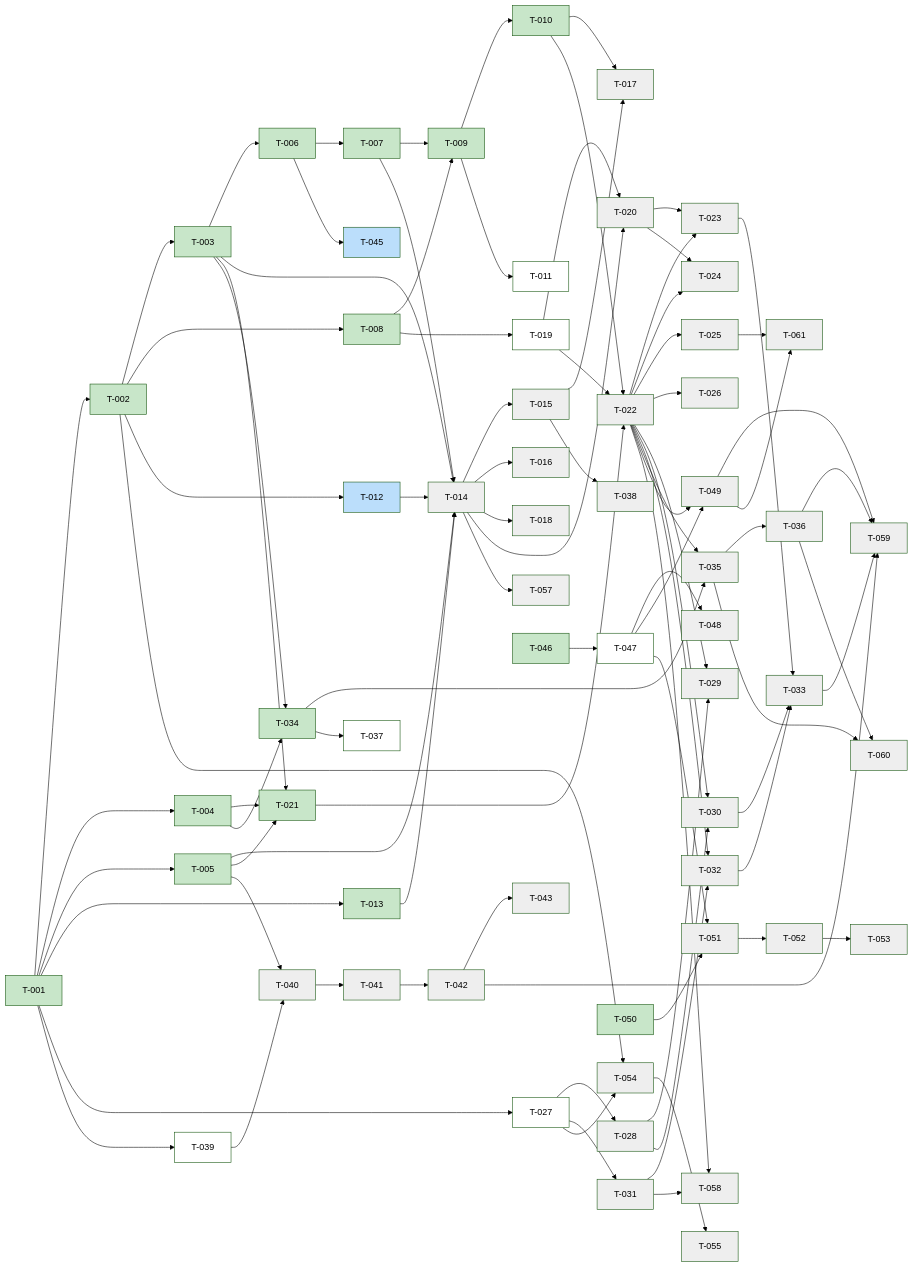
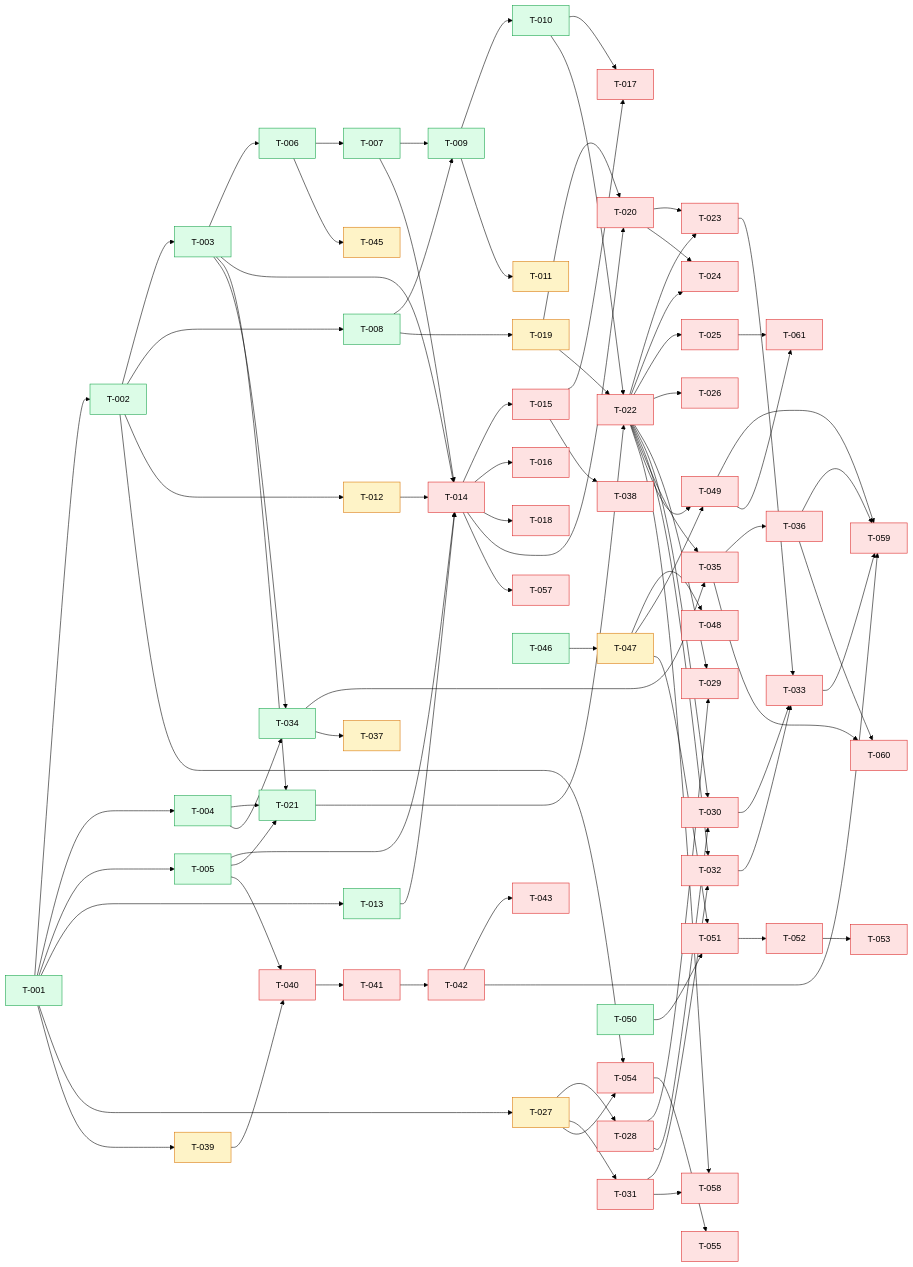
The diagram in kanban/BOARD.md (scholtz/biatec-chat), drawn with Mermaid (forest theme) before and after one commit. The commit also changed other lines of this file and 6 other files, not shown here.

````diff
--- a/kanban/BOARD.md
+++ b/kanban/BOARD.md
@@ -183,13 +183,71 @@
   T036[T-036] --> T060[T-060]
   T025[T-025] --> T061[T-061]
   T049[T-049] --> T061[T-061]
-  classDef done fill:#c8e6c9
-  classDef review fill:#fff9c4
-  classDef inprogress fill:#bbdefb
-  classDef backlog fill:#ffffff
-  classDef blocked fill:#eeeeee
-  class T001,T002,T003,T004,T005,T006,T007,T008,T009,T010,T013,T021,T034,T044,T046,T050 done
-  class T012,T045 inprogress
-  class T019,T027,T039,T011,T047,T037,T056 backlog
-  class T014,T015,T020,T022,T023,T040,T041,T042,T017,T024,T028,T029,T030,T031,T032,T033,T035,T036,T038,T049,T055,T059,T016,T018,T025,T026,T043,T048,T051,T052,T054,T053,T057,T058,T060,T061 blocked
+  classDef backlog fill:#dbeafe,stroke:#2563eb
+  classDef prog fill:#fef3c7,stroke:#d97706
+  classDef blocked fill:#fee2e2,stroke:#dc2626
+  classDef review fill:#ede9fe,stroke:#7c3aed
+  classDef done fill:#dcfce7,stroke:#16a34a
+  class T001 done
+  class T002 done
+  class T003 done
+  class T004 done
+  class T005 done
+  class T006 done
+  class T007 done
+  class T008 done
+  class T009 done
+  class T010 done
+  class T011 prog
+  class T012 prog
+  class T013 done
+  class T014 blocked
+  class T015 blocked
+  class T016 blocked
+  class T017 blocked
+  class T018 blocked
+  class T019 prog
+  class T020 blocked
+  class T021 done
+  class T022 blocked
+  class T023 blocked
+  class T024 blocked
+  class T025 blocked
+  class T026 blocked
+  class T027 prog
+  class T028 blocked
+  class T029 blocked
+  class T030 blocked
+  class T031 blocked
+  class T032 blocked
+  class T033 blocked
+  class T034 done
+  class T035 blocked
+  class T036 blocked
+  class T037 prog
+  class T038 blocked
+  class T039 prog
+  class T040 blocked
+  class T041 blocked
+  class T042 blocked
+  class T043 blocked
+  class T044 done
+  class T045 prog
+  class T046 done
+  class T047 prog
+  class T048 blocked
+  class T049 blocked
+  class T050 done
+  class T051 blocked
+  class T052 blocked
+  class T053 blocked
+  class T054 blocked
+  class T055 blocked
+  class T056 backlog
+  class T057 blocked
+  class T058 blocked
+  class T059 blocked
+  class T060 blocked
+  class T061 blocked
+
 ```
````
